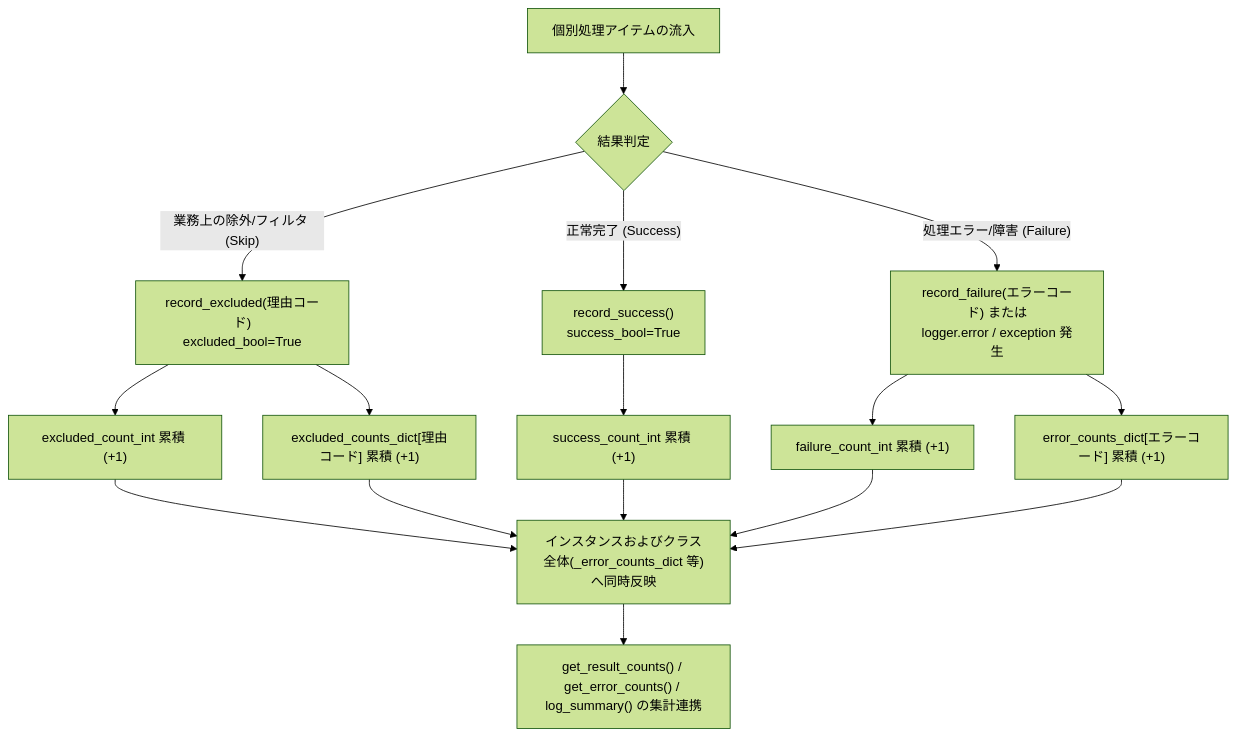
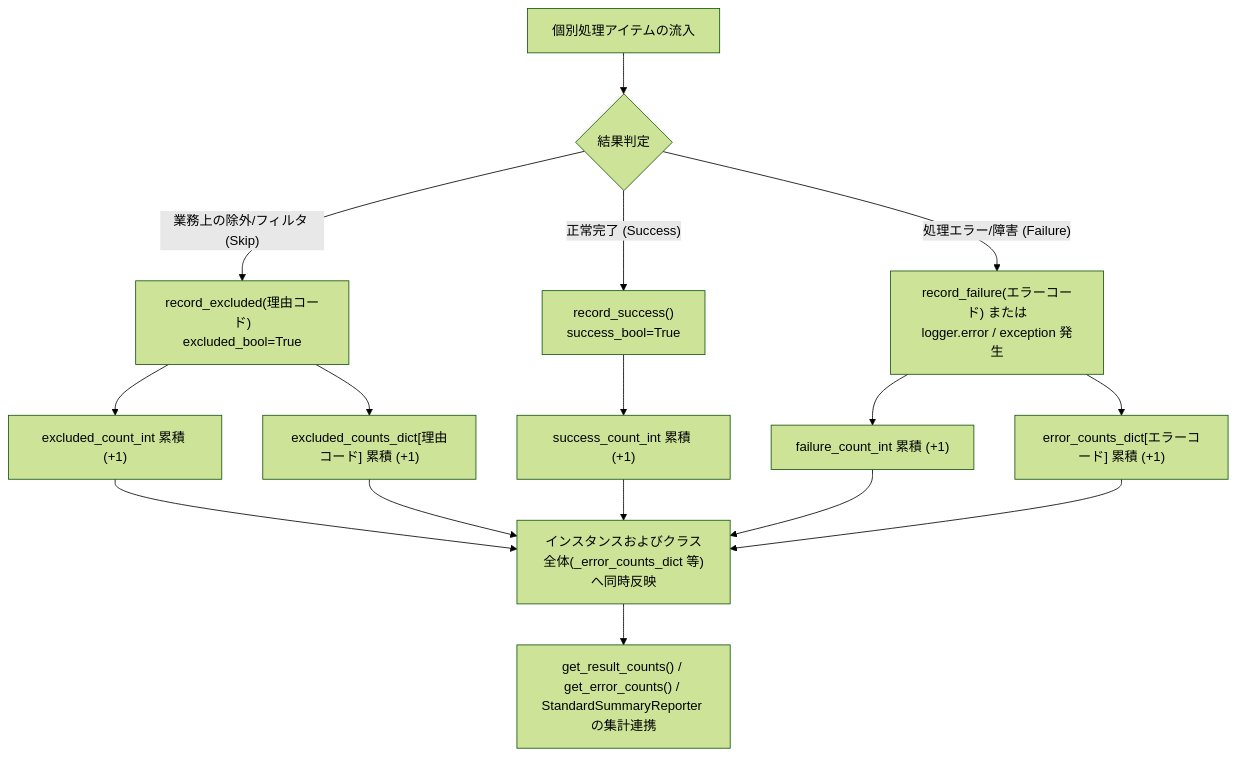
The diagram in manual/ja/logger/04_execution_result_and_error_tracking_ja.md (kampores/agent_common), drawn with Mermaid (forest theme) before and after one commit. The commit also changed other lines of this file and 49 other files, not shown here.

````diff
--- a/manual/ja/logger/04_execution_result_and_error_tracking_ja.md
+++ b/manual/ja/logger/04_execution_result_and_error_tracking_ja.md
@@ -28,22 +28,22 @@
 ```mermaid
 flowchart TD
     A["個別処理アイテムの流入"] --> B{"結果判定"}
     
     B -->|"業務上の除外/フィルタ (Skip)"| C["record_excluded(理由コード)<br/>excluded_bool=True"]
     C --> C1["excluded_count_int 累積 (+1)"]
     C --> C2["excluded_counts_dict[理由コード] 累積 (+1)"]
     
     B -->|"正常完了 (Success)"| D["record_success()<br/>success_bool=True"]
     D --> D1["success_count_int 累積 (+1)"]
     
     B -->|"処理エラー/障害 (Failure)"| E["record_failure(エラーコード) または<br/>logger.error / exception 発生"]
     E --> E1["failure_count_int 累積 (+1)"]
     E --> E2["error_counts_dict[エラーコード] 累積 (+1)"]
     
     C1 --> F["インスタンスおよびクラス全体(_error_counts_dict 等)へ同時反映"]
     C2 --> F
     D1 --> F
     E1 --> F
     E2 --> F
-    F --> G["get_result_counts() / get_error_counts() / log_summary() の集計連携"]
+    F --> G["get_result_counts() / get_error_counts() / StandardSummaryReporter の集計連携"]
 ```
````
